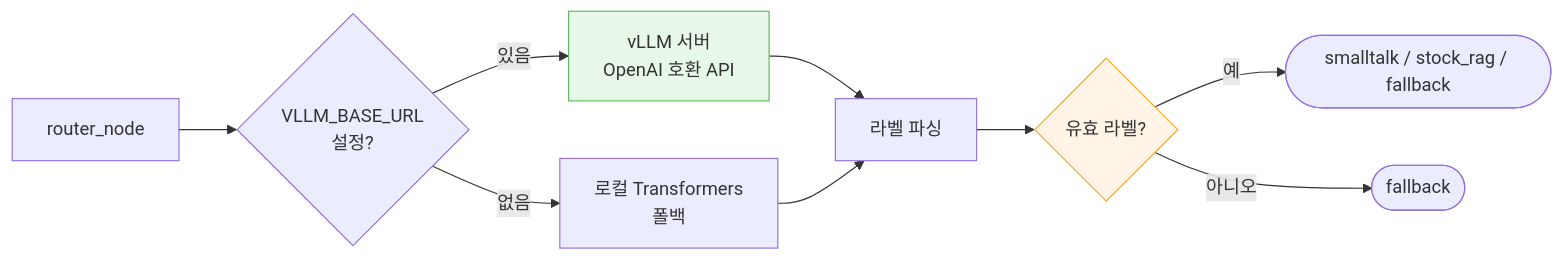
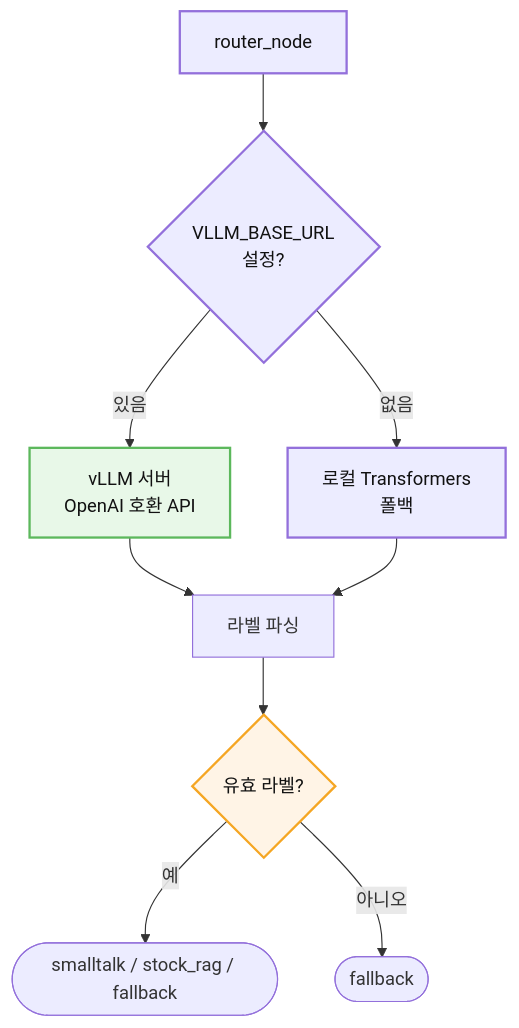
Before and after one commit to Dongju-00/eric-chatagent: the fourth of 10 diagrams in README.md, drawn with Mermaid. The commit also changed other lines of this file, not shown here.

````diff
--- a/README.md
+++ b/README.md
@@ -158,14 +158,17 @@
 ```mermaid
-flowchart LR
+flowchart TB
     R[router_node] --> C{VLLM_BASE_URL<br/>설정?}
     C -->|있음| V[vLLM 서버<br/>OpenAI 호환 API]
     C -->|없음| L[로컬 Transformers<br/>폴백]
     V --> P[라벨 파싱]
     L --> P
     P --> D{유효 라벨?}
     D -->|예| OUT([smalltalk / stock_rag / fallback])
     D -->|아니오| FB([fallback])
 
-    style V fill:#e8f8e8,stroke:#5cb85c
-    style D fill:#fff4e6,stroke:#f5a623
+    style V fill:#e8f8e8,stroke:#5cb85c,stroke-width:2px,color:#111111
+    style D fill:#fff4e6,stroke:#f5a623,stroke-width:2px,color:#111111
+    style R stroke-width:2px,color:#111111
+    style C stroke-width:2px,color:#111111
+    style L stroke-width:2px,color:#111111
 ```
````
